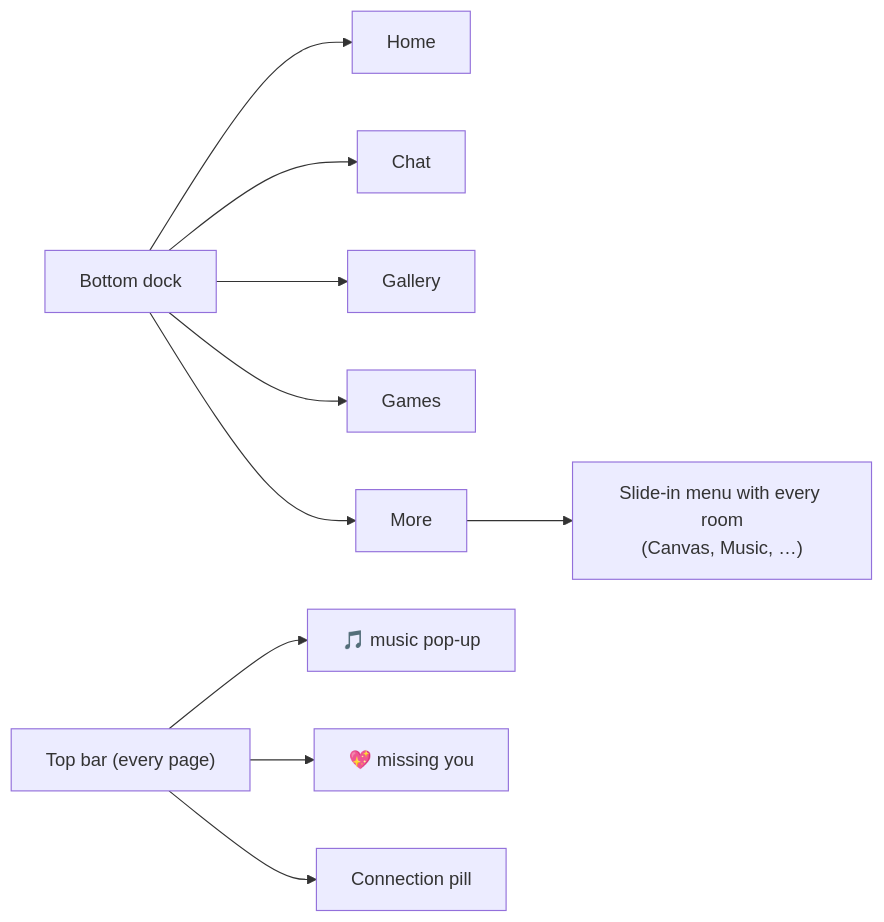
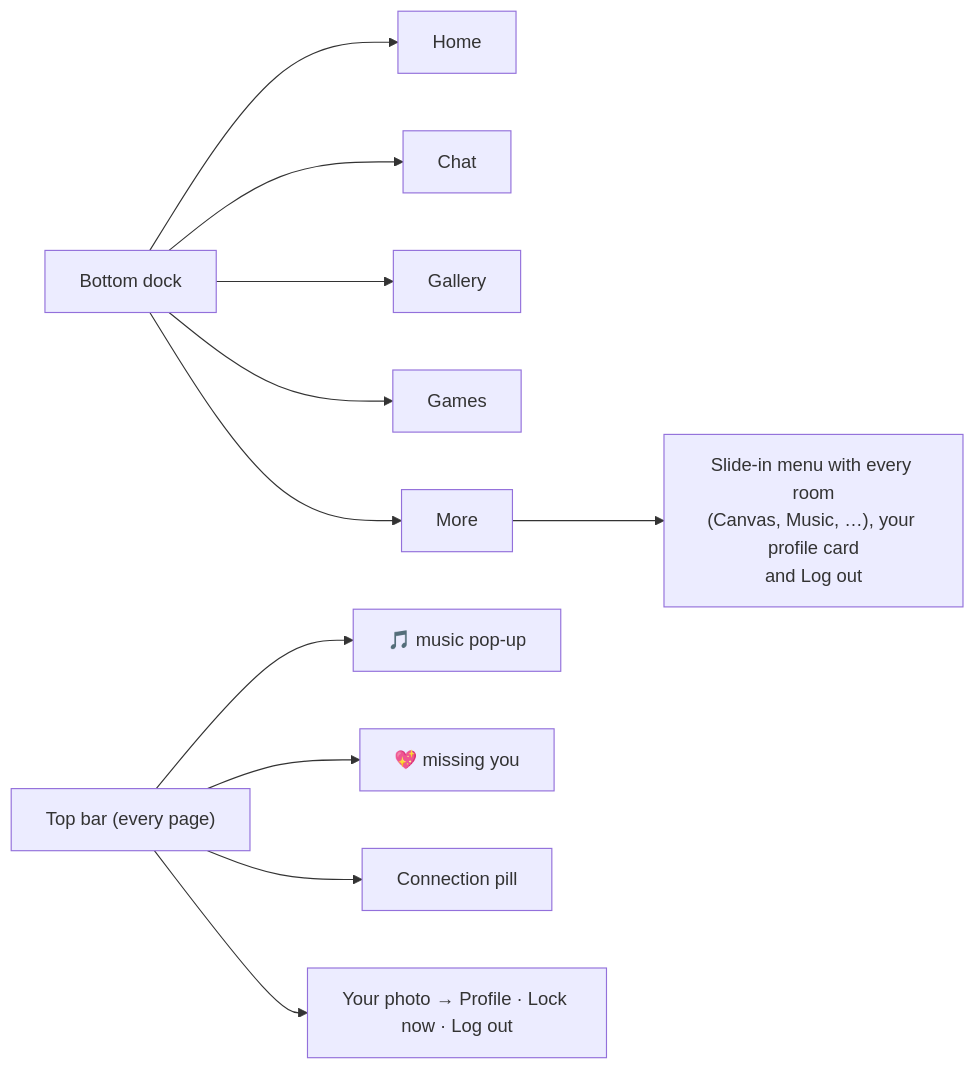
Before and after one commit to silent-coder-dev/private-space: diagram 29 of 34 in front-end/doc/04-flowcharts.md, drawn with Mermaid. The commit also changed other lines of this file and 56 other files, not shown here.

````diff
--- a/front-end/doc/04-flowcharts.md
+++ b/front-end/doc/04-flowcharts.md
@@ -628,12 +644,13 @@
 ```mermaid
 flowchart LR
     A["Bottom dock"] --> H["Home"]
     A --> C["Chat"]
     A --> G["Gallery"]
     A --> GM["Games"]
     A --> M["More"]
-    M --> S["Slide-in menu with every room<br/>(Canvas, Music, …)"]
+    M --> S["Slide-in menu with every room<br/>(Canvas, Music, …), your profile card<br/>and Log out"]
     T["Top bar (every page)"] --> T1["🎵 music pop-up"]
     T --> T2["💖 missing you"]
     T --> T3["Connection pill"]
+    T --> T4["Your photo → Profile · Lock now · Log out"]
 ```
````
